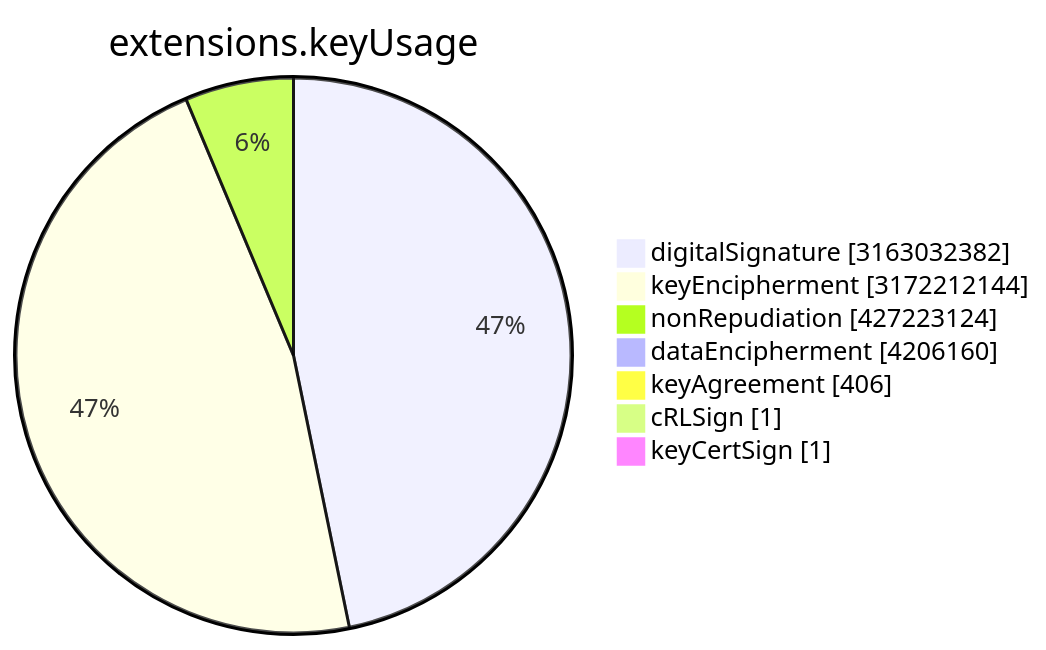
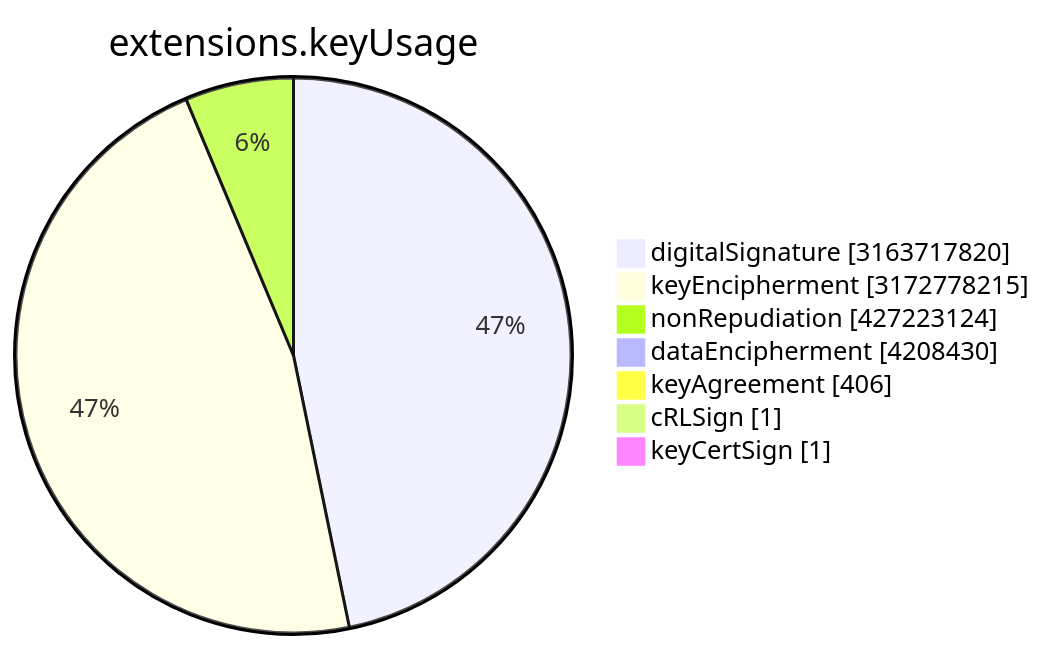
Before and after one commit to christiankrug/ctmonitor_visualization: the sixth of 15 diagrams in TOTAL/README.md, drawn with Mermaid. The commit also changed other lines of this file, not shown here.

````diff
--- a/TOTAL/README.md
+++ b/TOTAL/README.md
@@ -3077,11 +3077,11 @@
 ```mermaid
 pie showData
 title extensions.keyUsage
-"digitalSignature" :3163032382
-"keyEncipherment" :3172212144
+"digitalSignature" :3163717820
+"keyEncipherment" :3172778215
 "nonRepudiation" :427223124
-"dataEncipherment" :4206160
+"dataEncipherment" :4208430
 "keyAgreement" :406
 "cRLSign" :1
 "keyCertSign" :1
 ```
````
